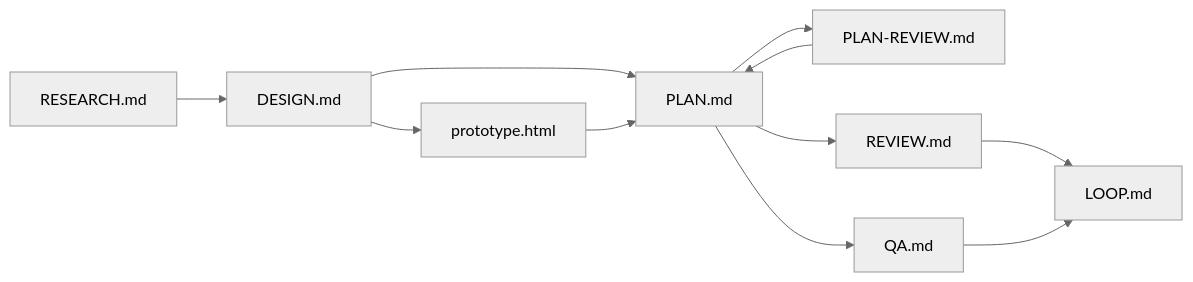
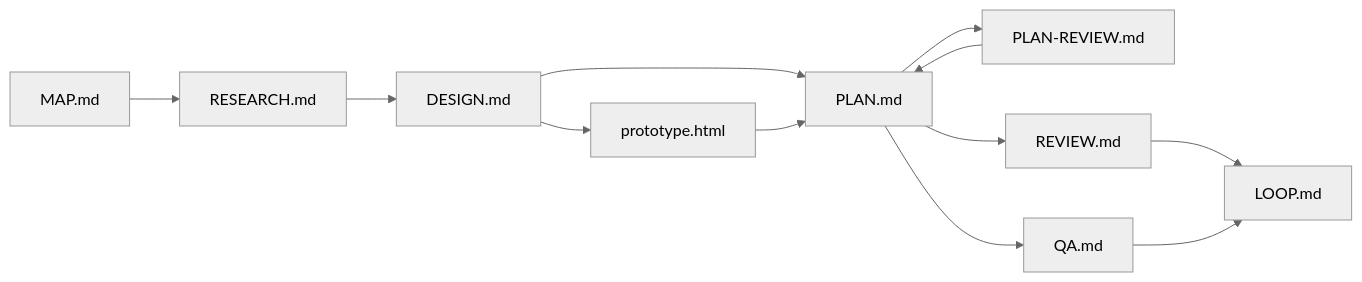
Before and after one commit to amjadjibon/skills: the third of 3 diagrams in docs/SKILL-MAP.md, drawn with Mermaid (neutral theme). The commit also changed other lines of this file and 8 other files, not shown here.

````diff
--- a/docs/SKILL-MAP.md
+++ b/docs/SKILL-MAP.md
@@ -117,10 +127,10 @@
 ```mermaid
 flowchart LR
-    R[RESEARCH.md] --> D[DESIGN.md] --> P[PLAN.md]
+    M[MAP.md] --> R[RESEARCH.md] --> D[DESIGN.md] --> P[PLAN.md]
     P --> PR[PLAN-REVIEW.md] --> P
     P --> Q[QA.md]
     P --> V[REVIEW.md] --> L[LOOP.md]
     Q --> L
     H[prototype.html] --> P
     D --> H
 ```
````
